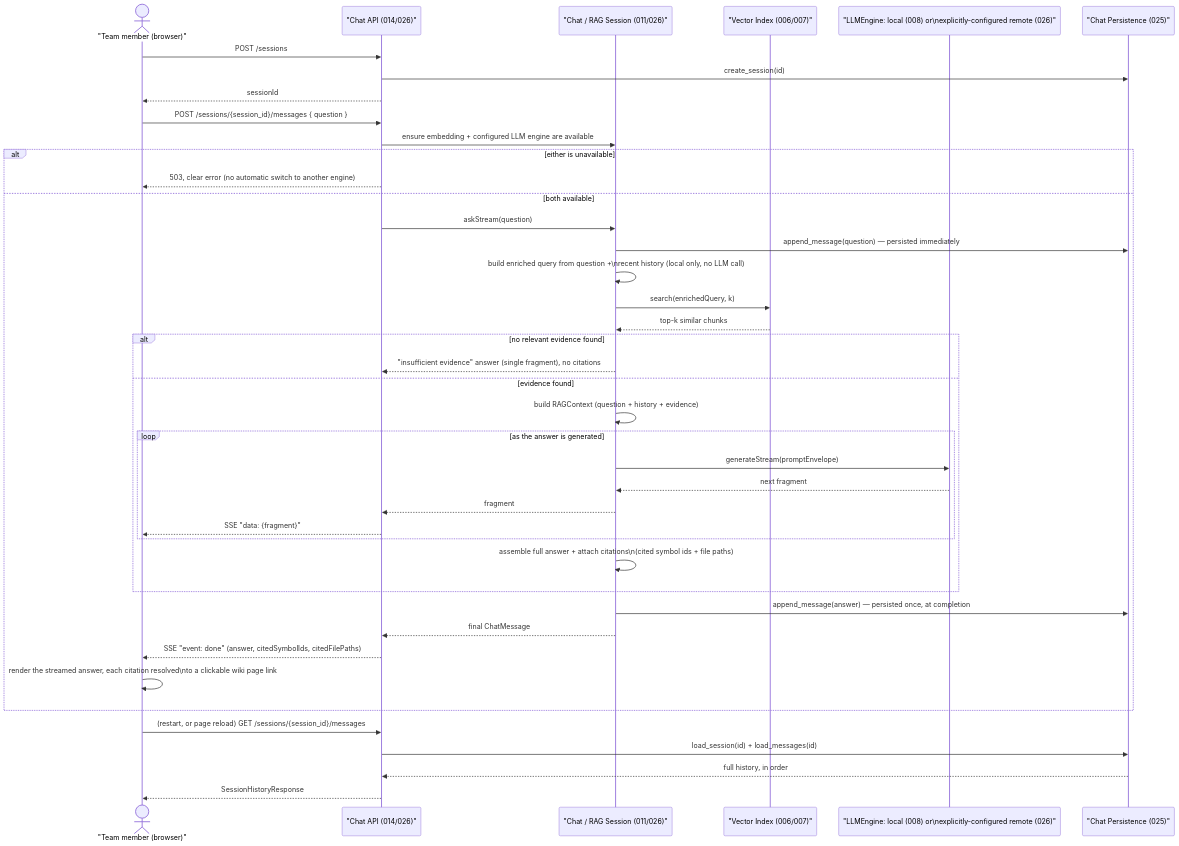
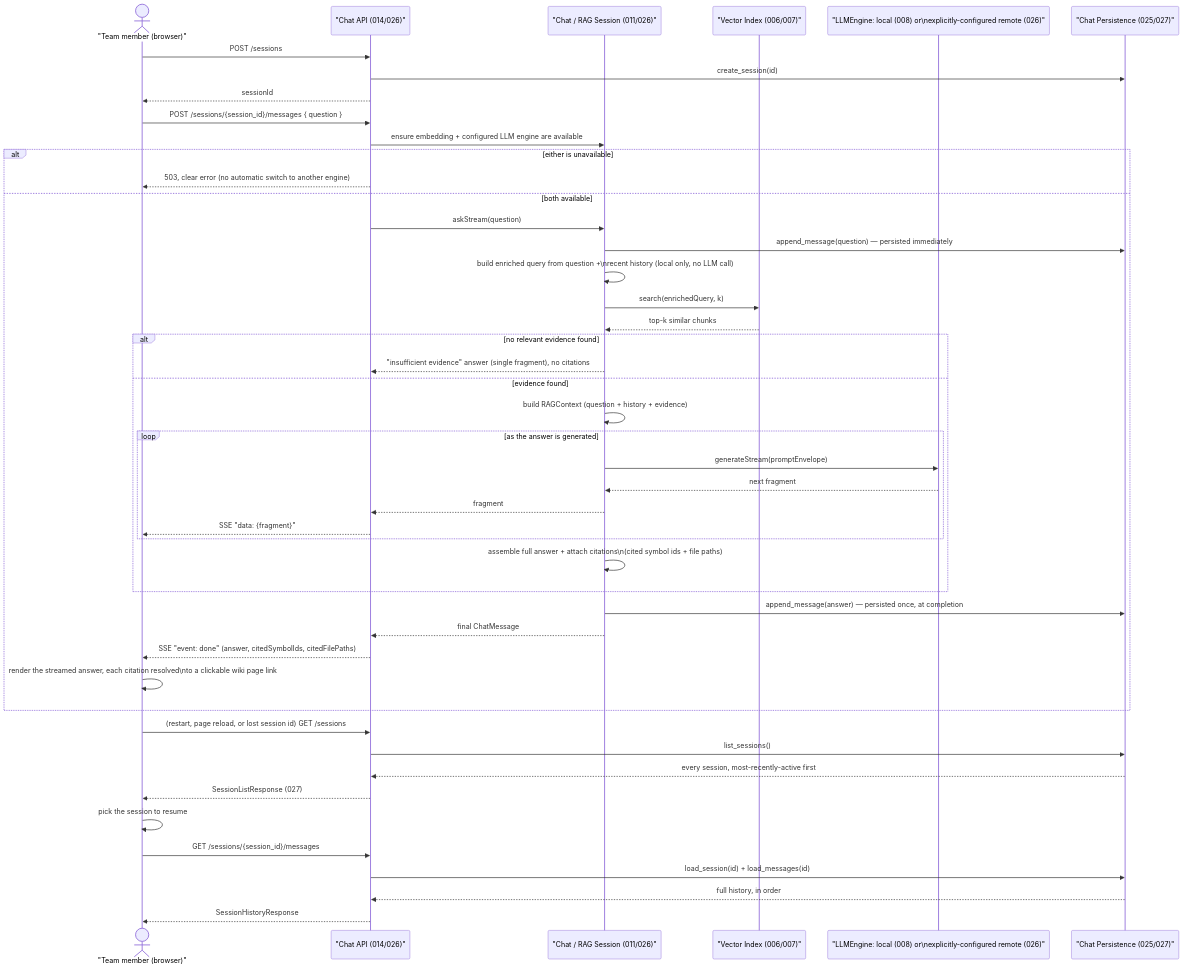
One commit to yassinelalaoui/codepedia changed the diagram in docs/diagrams/sequence-diagrams/03-chat-rag.md. Above: the diagram before and after it, drawn with Mermaid. The commit also changed other lines of this file and 26 other files, not shown here.

First line of the commit message:
add support for resumable chat sessions via streaming, listing, and history

````diff
--- a/docs/diagrams/sequence-diagrams/03-chat-rag.md
+++ b/docs/diagrams/sequence-diagrams/03-chat-rag.md
@@ -15,46 +18,52 @@
 ```mermaid
 sequenceDiagram
     actor Reader as "Team member (browser)"
     participant ChatApiApp as "Chat API (014/026)"
     participant ChatSession as "Chat / RAG Session (011/026)"
     participant VectorIndex as "Vector Index (006/007)"
     participant LLMEngine as "LLMEngine: local (008) or\nexplicitly-configured remote (026)"
-    participant ChatStore as "Chat Persistence (025)"
+    participant ChatStore as "Chat Persistence (025/027)"
 
     Reader->>ChatApiApp: POST /sessions
     ChatApiApp->>ChatStore: create_session(id)
     ChatApiApp-->>Reader: sessionId
 
     Reader->>ChatApiApp: POST /sessions/{session_id}/messages { question }
     ChatApiApp->>ChatSession: ensure embedding + configured LLM engine are available
     alt either is unavailable
         ChatApiApp-->>Reader: 503, clear error (no automatic switch to another engine)
     else both available
         ChatApiApp->>ChatSession: askStream(question)
         ChatSession->>ChatStore: append_message(question) — persisted immediately
         ChatSession->>ChatSession: build enriched query from question +\nrecent history (local only, no LLM call)
         ChatSession->>VectorIndex: search(enrichedQuery, k)
         VectorIndex-->>ChatSession: top-k similar chunks
         alt no relevant evidence found
             ChatSession-->>ChatApiApp: "insufficient evidence" answer (single fragment), no citations
         else evidence found
             ChatSession->>ChatSession: build RAGContext (question + history + evidence)
             loop as the answer is generated
                 ChatSession->>LLMEngine: generateStream(promptEnvelope)
                 LLMEngine-->>ChatSession: next fragment
                 ChatSession-->>ChatApiApp: fragment
                 ChatApiApp-->>Reader: SSE "data: {fragment}"
             end
             ChatSession->>ChatSession: assemble full answer + attach citations\n(cited symbol ids + file paths)
         end
         ChatSession->>ChatStore: append_message(answer) — persisted once, at completion
         ChatSession-->>ChatApiApp: final ChatMessage
         ChatApiApp-->>Reader: SSE "event: done" (answer, citedSymbolIds, citedFilePaths)
         Reader->>Reader: render the streamed answer, each citation resolved\nto a clickable wiki page link
     end
 
-    Reader->>ChatApiApp: (restart, or page reload) GET /sessions/{session_id}/messages
+    Reader->>ChatApiApp: (restart, page reload, or lost session id) GET /sessions
+    ChatApiApp->>ChatStore: list_sessions()
+    ChatStore-->>ChatApiApp: every session, most-recently-active first
+    ChatApiApp-->>Reader: SessionListResponse (027)
+    Reader->>Reader: pick the session to resume
+
+    Reader->>ChatApiApp: GET /sessions/{session_id}/messages
     ChatApiApp->>ChatStore: load_session(id) + load_messages(id)
     ChatStore-->>ChatApiApp: full history, in order
     ChatApiApp-->>Reader: SessionHistoryResponse
 ```
````
